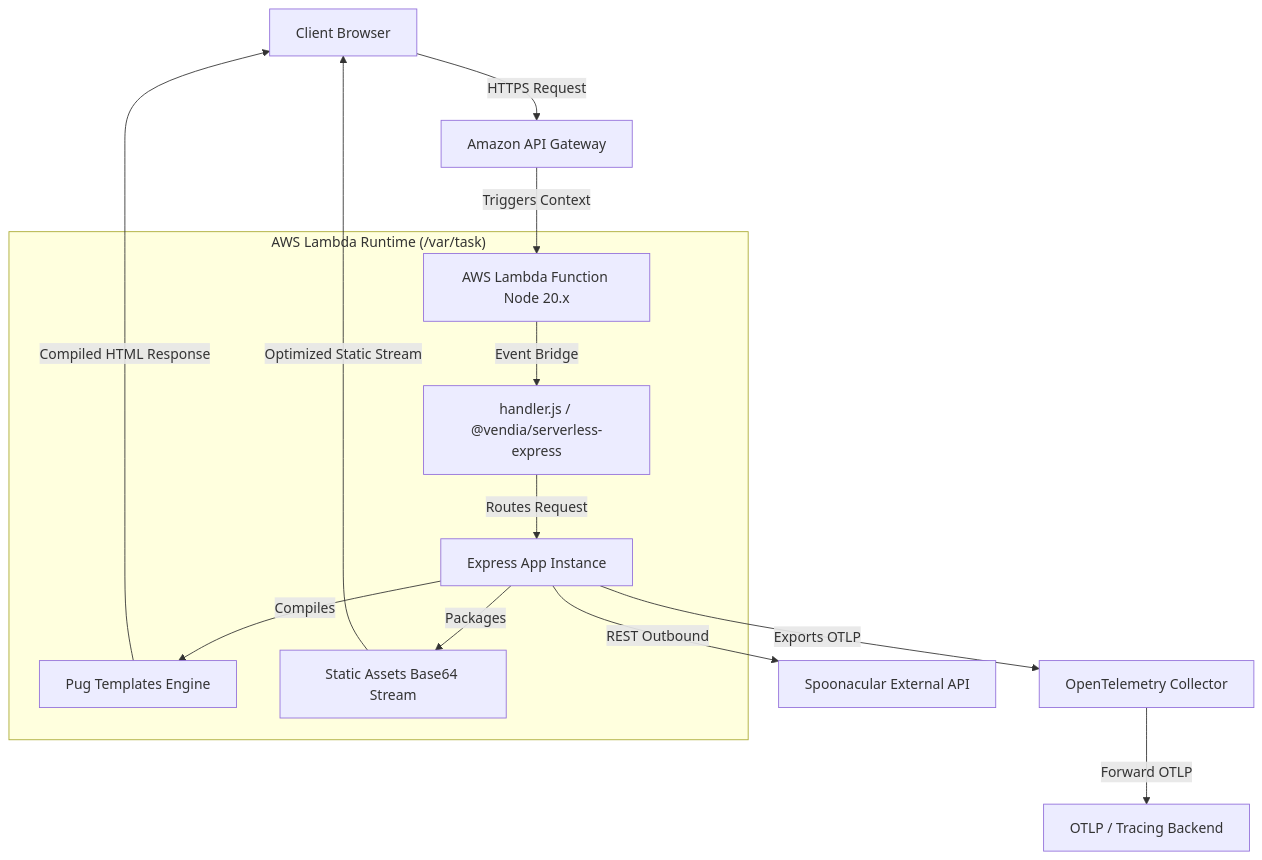
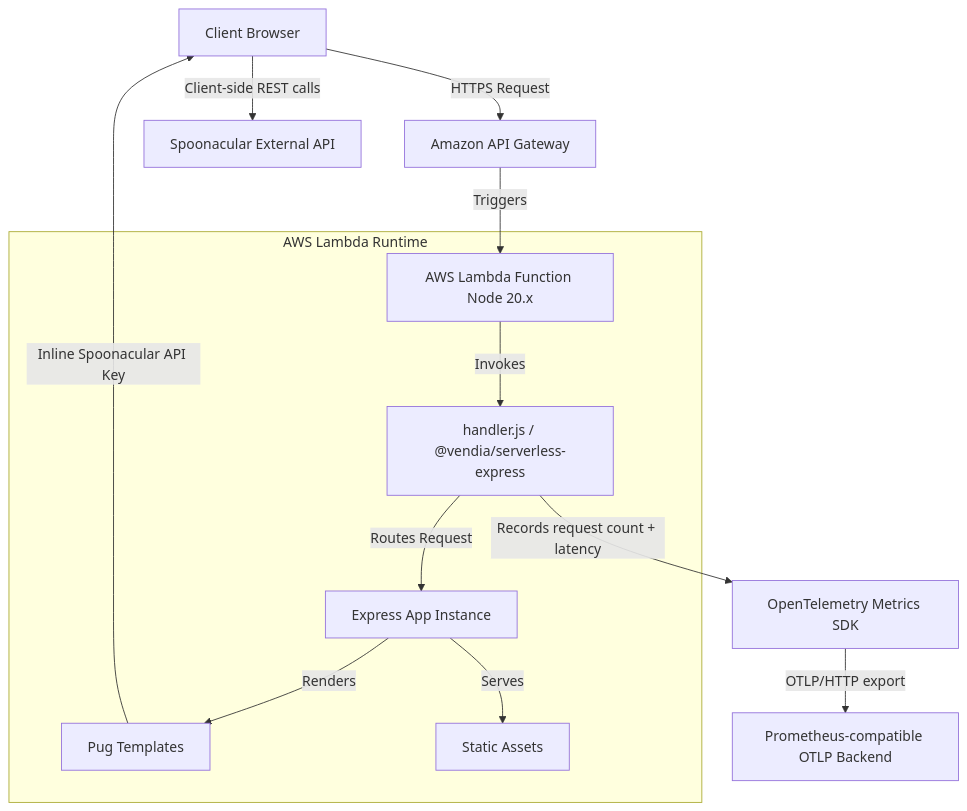
The first of 4 diagrams in README.md (andresafag/food), drawn with Mermaid before and after one commit. The commit also changed other lines of this file, not shown here.

````diff
--- a/README.md
+++ b/README.md
@@ -51,18 +52,17 @@
 ```mermaid
 graph TD
     Client[Client Browser] -->|HTTPS Request| APIGateway[Amazon API Gateway]
-    APIGateway -->|Triggers Context| Lambda[AWS Lambda Function Node 20.x]
-    
-    subgraph "AWS Lambda Runtime (/var/task)"
-        Lambda -->|"Event Bridge"| Handler["handler.js / @vendia/serverless-express"]
-        Handler -->|"Routes Request"| Express[Express App Instance]
-        Express -->|"Compiles"| Views[Pug Templates Engine]
-        Express -->|"Packages"| Static[Static Assets Base64 Stream]
+    APIGateway -->|Triggers| Lambda[AWS Lambda Function Node 20.x]
+
+    subgraph "AWS Lambda Runtime"
+        Lambda -->|Invokes| Handler["handler.js / @vendia/serverless-express"]
+        Handler -->|Routes Request| Express[Express App Instance]
+        Express -->|Renders| Views[Pug Templates]
+        Express -->|Serves| Static[Static Assets]
     end
-    
-    Express -->|"REST Outbound"| Spoonacular[Spoonacular External API]
-    Express -->|"Exports OTLP"| OTEL[OpenTelemetry Collector]
-    OTEL -->|"Forward OTLP"| Observability[OTLP / Tracing Backend]
-    Views -->|"Compiled HTML Response"| Client
-    Static -->|"Optimized Static Stream"| Client
+
+    Views -->|"Inline Spoonacular API Key"| Client
+    Client -->|"Client-side REST calls"| Spoonacular[Spoonacular External API]
+    Handler -->|"Records request count + latency"| OTEL[OpenTelemetry Metrics SDK]
+    OTEL -->|"OTLP/HTTP export"| Backend[Prometheus-compatible OTLP Backend]
 ```
````
